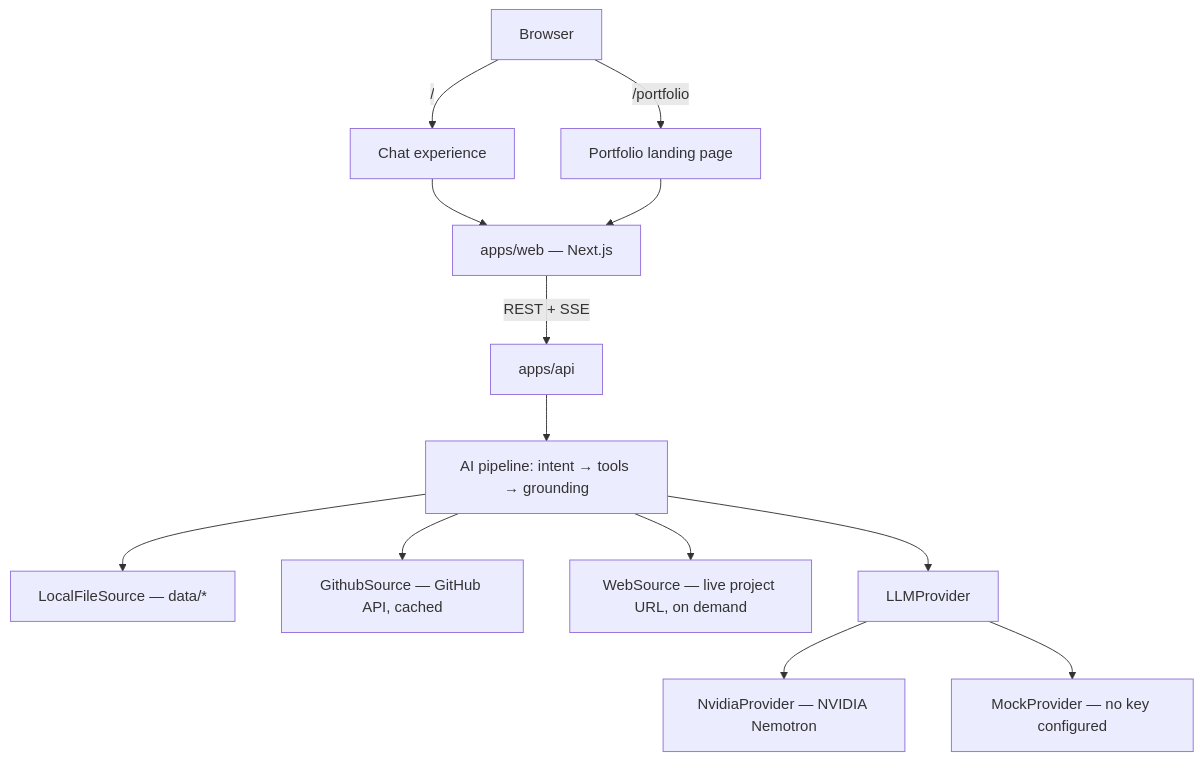
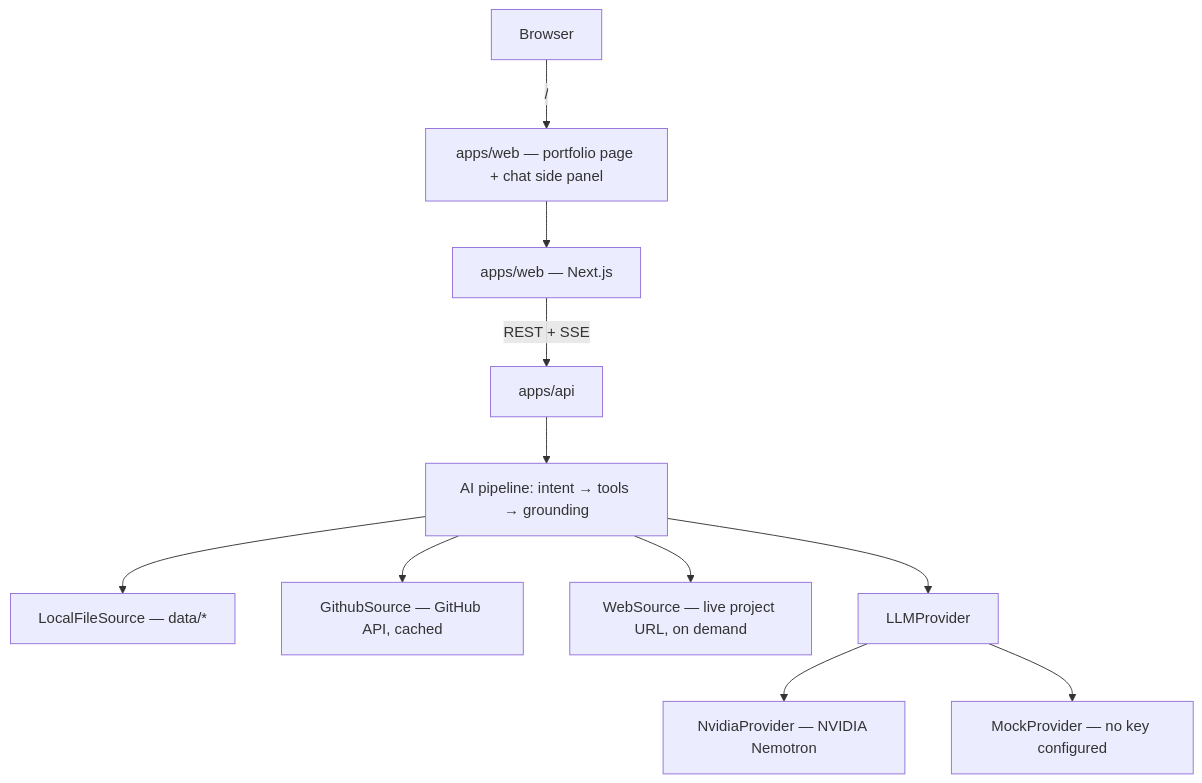
Before and after one commit to narem-sumanth/SumanthPortfolio: the first of 2 diagrams in docs/architecture.md, drawn with Mermaid. The commit also changed other lines of this file and 57 other files, not shown here.

Commit message:
feat: refactor code structure, removce separate pages for chat and portfolio

````diff
--- a/docs/architecture.md
+++ b/docs/architecture.md
@@ -14,15 +16,13 @@
 ```mermaid
 flowchart TD
-    Browser -->|/| Chat[Chat experience]
-    Browser -->|/portfolio| Landing[Portfolio landing page]
-    Chat --> Web[apps/web — Next.js]
-    Landing --> Web
+    Browser -->|/| Shell[apps/web — portfolio page + chat side panel]
+    Shell --> Web[apps/web — Next.js]
     Web -->|REST + SSE| API[apps/api]
     API --> Pipeline[AI pipeline: intent → tools → grounding]
     Pipeline --> Local[LocalFileSource — data/*]
     Pipeline --> GitHub[GithubSource — GitHub API, cached]
     Pipeline --> WebSrc[WebSource — live project URL, on demand]
     Pipeline --> LLM[LLMProvider]
     LLM --> Nvidia[NvidiaProvider — NVIDIA Nemotron]
     LLM --> Mock[MockProvider — no key configured]
 ```
````
